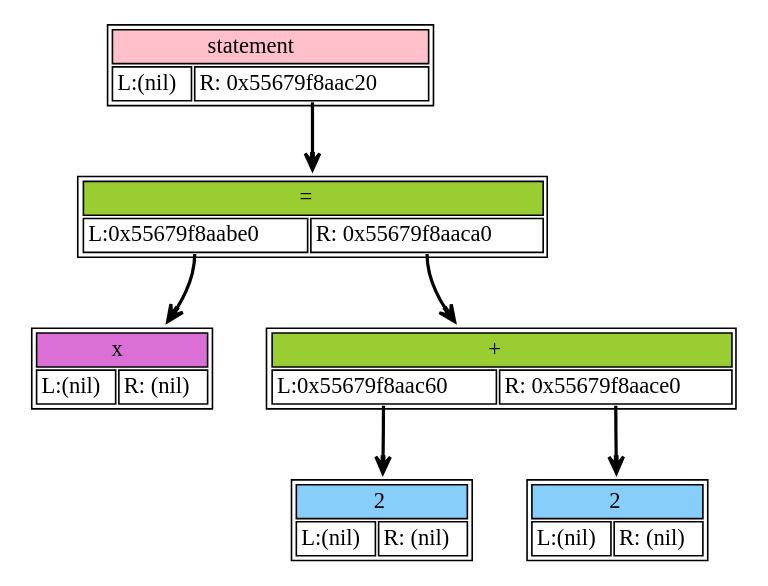
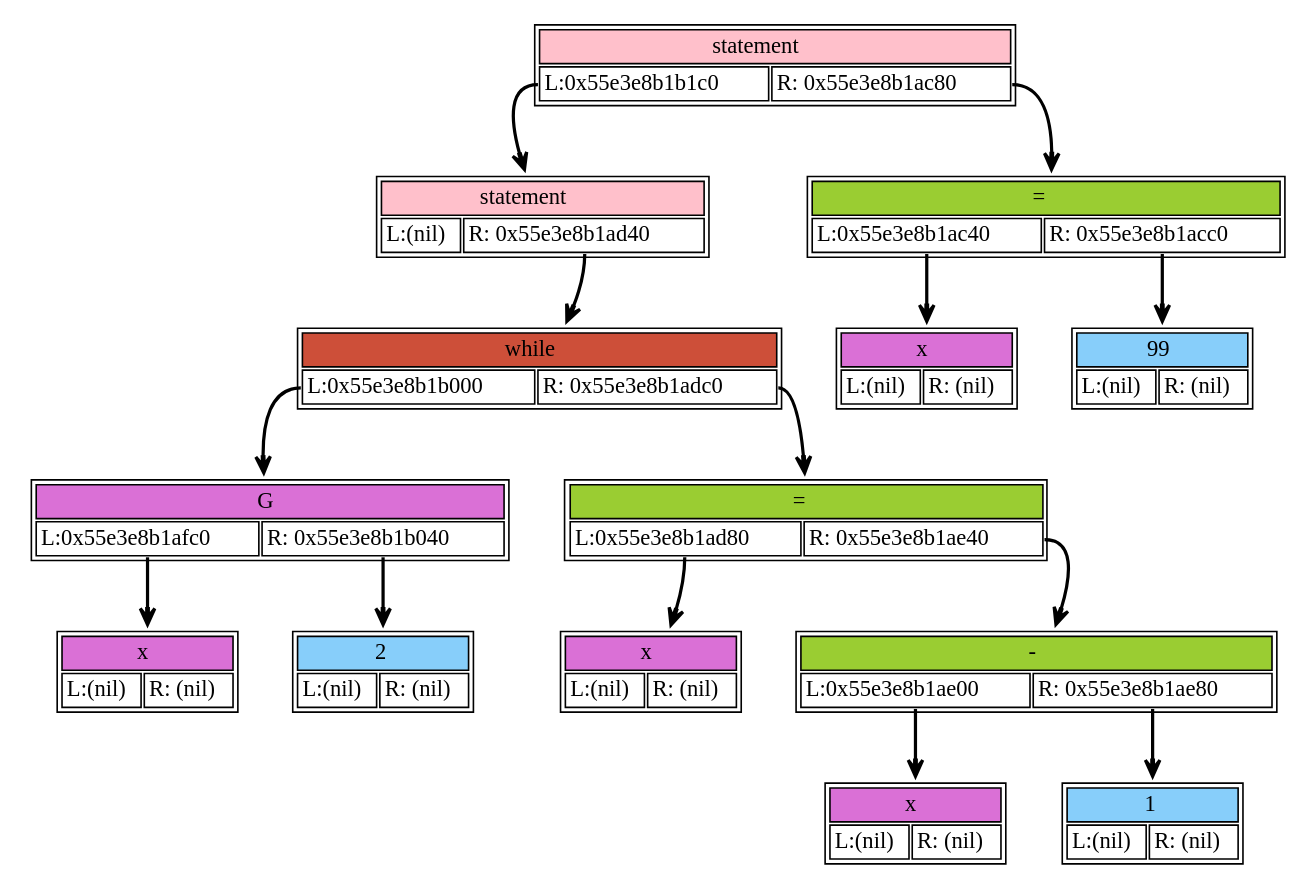
One commit to Varnike/language changed the diagram in dump/dump.dot. Above: the diagram before and after it, drawn with Graphviz. The commit also changed 10 other files, not shown here.

```diff
--- a/dump/dump.dot
+++ b/dump/dump.dot
@@ -1,38 +1,86 @@
 digraph dump_graph {
 	rankdir=TV; 
-node0x55679f8aada0 [shape=plaintext
+node0x55e3e8b1b1c0 [shape=plaintext
 					label=<<table border='1' cellborder='1'>
 			<tr><td colspan="2" bgcolor="pink" > statement</td></tr>
-					<tr><td port= "lchild">L:(nil)</td><td port="rchild">R: 0x55679f8aac20</td></tr>
+					<tr><td port= "lchild">L:(nil)</td><td port="rchild">R: 0x55e3e8b1ad40</td></tr>
 				</table>>];
-		node0x55679f8aada0:rchild -> node0x55679f8aac20[style=bold, arrowhead=vee];
-node0x55679f8aabe0 [shape=plaintext
+		node0x55e3e8b1b1c0:rchild -> node0x55e3e8b1ad40[style=bold, arrowhead=vee];
+node0x55e3e8b1afc0 [shape=plaintext
 					label=<<table border='1' cellborder='1'>
 			<tr><td colspan="2" bgcolor="orchid" > x</td></tr>
 					<tr><td port= "lchild">L:(nil)</td><td port="rchild">R: (nil)</td></tr>
 				</table>>];
-node0x55679f8aac20 [shape=plaintext
+node0x55e3e8b1b000 [shape=plaintext
 					label=<<table border='1' cellborder='1'>
-			<tr><td colspan="2" bgcolor="olivedrab3" > =</td></tr>
-					<tr><td port= "lchild">L:0x55679f8aabe0</td><td port="rchild">R: 0x55679f8aaca0</td></tr>
+			<tr><td colspan="2" bgcolor="orchid" > G</td></tr>
+					<tr><td port= "lchild">L:0x55e3e8b1afc0</td><td port="rchild">R: 0x55e3e8b1b040</td></tr>
 				</table>>];
-		node0x55679f8aac20:lchild -> node0x55679f8aabe0[style=bold, arrowhead=vee];
-		node0x55679f8aac20:rchild -> node0x55679f8aaca0[style=bold, arrowhead=vee];
-node0x55679f8aac60 [shape=plaintext
+		node0x55e3e8b1b000:lchild -> node0x55e3e8b1afc0[style=bold, arrowhead=vee];
+		node0x55e3e8b1b000:rchild -> node0x55e3e8b1b040[style=bold, arrowhead=vee];
+node0x55e3e8b1b040 [shape=plaintext
 					label=<<table border='1' cellborder='1'>
 			<tr><td colspan="2" bgcolor="lightskyblue" >2</td></tr>
 					<tr><td port= "lchild">L:(nil)</td><td port="rchild">R: (nil)</td></tr>
 				</table>>];
-node0x55679f8aaca0 [shape=plaintext
+node0x55e3e8b1ad40 [shape=plaintext
 					label=<<table border='1' cellborder='1'>
-			<tr><td colspan="2" bgcolor="olivedrab3" > +</td></tr>
-					<tr><td port= "lchild">L:0x55679f8aac60</td><td port="rchild">R: 0x55679f8aace0</td></tr>
+			<tr><td colspan="2" bgcolor="tomato3" > while</td></tr>
+					<tr><td port= "lchild">L:0x55e3e8b1b000</td><td port="rchild">R: 0x55e3e8b1adc0</td></tr>
 				</table>>];
-		node0x55679f8aaca0:lchild -> node0x55679f8aac60[style=bold, arrowhead=vee];
-		node0x55679f8aaca0:rchild -> node0x55679f8aace0[style=bold, arrowhead=vee];
-node0x55679f8aace0 [shape=plaintext
+		node0x55e3e8b1ad40:lchild -> node0x55e3e8b1b000[style=bold, arrowhead=vee];
+		node0x55e3e8b1ad40:rchild -> node0x55e3e8b1adc0[style=bold, arrowhead=vee];
+node0x55e3e8b1ad80 [shape=plaintext
 					label=<<table border='1' cellborder='1'>
-			<tr><td colspan="2" bgcolor="lightskyblue" >2</td></tr>
+			<tr><td colspan="2" bgcolor="orchid" > x</td></tr>
+					<tr><td port= "lchild">L:(nil)</td><td port="rchild">R: (nil)</td></tr>
+				</table>>];
+node0x55e3e8b1adc0 [shape=plaintext
+					label=<<table border='1' cellborder='1'>
+			<tr><td colspan="2" bgcolor="olivedrab3" > =</td></tr>
+					<tr><td port= "lchild">L:0x55e3e8b1ad80</td><td port="rchild">R: 0x55e3e8b1ae40</td></tr>
+				</table>>];
+		node0x55e3e8b1adc0:lchild -> node0x55e3e8b1ad80[style=bold, arrowhead=vee];
+		node0x55e3e8b1adc0:rchild -> node0x55e3e8b1ae40[style=bold, arrowhead=vee];
+node0x55e3e8b1ae00 [shape=plaintext
+					label=<<table border='1' cellborder='1'>
+			<tr><td colspan="2" bgcolor="orchid" > x</td></tr>
+					<tr><td port= "lchild">L:(nil)</td><td port="rchild">R: (nil)</td></tr>
+				</table>>];
+node0x55e3e8b1ae40 [shape=plaintext
+					label=<<table border='1' cellborder='1'>
+			<tr><td colspan="2" bgcolor="olivedrab3" > -</td></tr>
+					<tr><td port= "lchild">L:0x55e3e8b1ae00</td><td port="rchild">R: 0x55e3e8b1ae80</td></tr>
+				</table>>];
+		node0x55e3e8b1ae40:lchild -> node0x55e3e8b1ae00[style=bold, arrowhead=vee];
+		node0x55e3e8b1ae40:rchild -> node0x55e3e8b1ae80[style=bold, arrowhead=vee];
+node0x55e3e8b1ae80 [shape=plaintext
+					label=<<table border='1' cellborder='1'>
+			<tr><td colspan="2" bgcolor="lightskyblue" >1</td></tr>
+					<tr><td port= "lchild">L:(nil)</td><td port="rchild">R: (nil)</td></tr>
+				</table>>];
+node0x55e3e8b1b180 [shape=plaintext
+					label=<<table border='1' cellborder='1'>
+			<tr><td colspan="2" bgcolor="pink" > statement</td></tr>
+					<tr><td port= "lchild">L:0x55e3e8b1b1c0</td><td port="rchild">R: 0x55e3e8b1ac80</td></tr>
+				</table>>];
+		node0x55e3e8b1b180:lchild -> node0x55e3e8b1b1c0[style=bold, arrowhead=vee];
+		node0x55e3e8b1b180:rchild -> node0x55e3e8b1ac80[style=bold, arrowhead=vee];
+node0x55e3e8b1ac40 [shape=plaintext
+					label=<<table border='1' cellborder='1'>
+			<tr><td colspan="2" bgcolor="orchid" > x</td></tr>
+					<tr><td port= "lchild">L:(nil)</td><td port="rchild">R: (nil)</td></tr>
+				</table>>];
+node0x55e3e8b1ac80 [shape=plaintext
+					label=<<table border='1' cellborder='1'>
+			<tr><td colspan="2" bgcolor="olivedrab3" > =</td></tr>
+					<tr><td port= "lchild">L:0x55e3e8b1ac40</td><td port="rchild">R: 0x55e3e8b1acc0</td></tr>
+				</table>>];
+		node0x55e3e8b1ac80:lchild -> node0x55e3e8b1ac40[style=bold, arrowhead=vee];
+		node0x55e3e8b1ac80:rchild -> node0x55e3e8b1acc0[style=bold, arrowhead=vee];
+node0x55e3e8b1acc0 [shape=plaintext
+					label=<<table border='1' cellborder='1'>
+			<tr><td colspan="2" bgcolor="lightskyblue" >99</td></tr>
 					<tr><td port= "lchild">L:(nil)</td><td port="rchild">R: (nil)</td></tr>
 				</table>>];
 }
```
